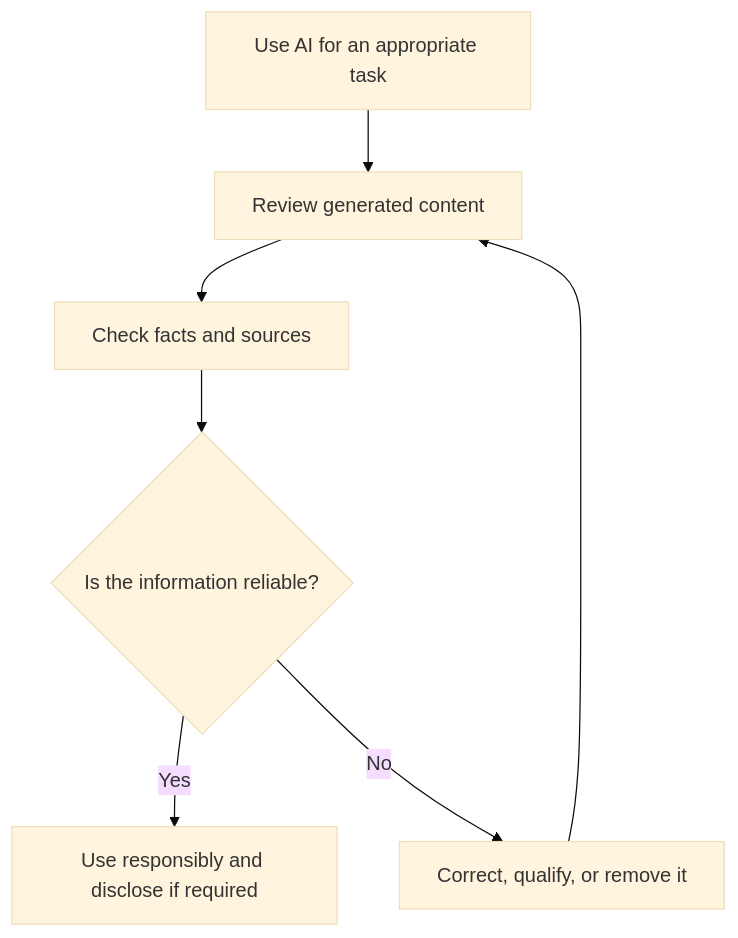
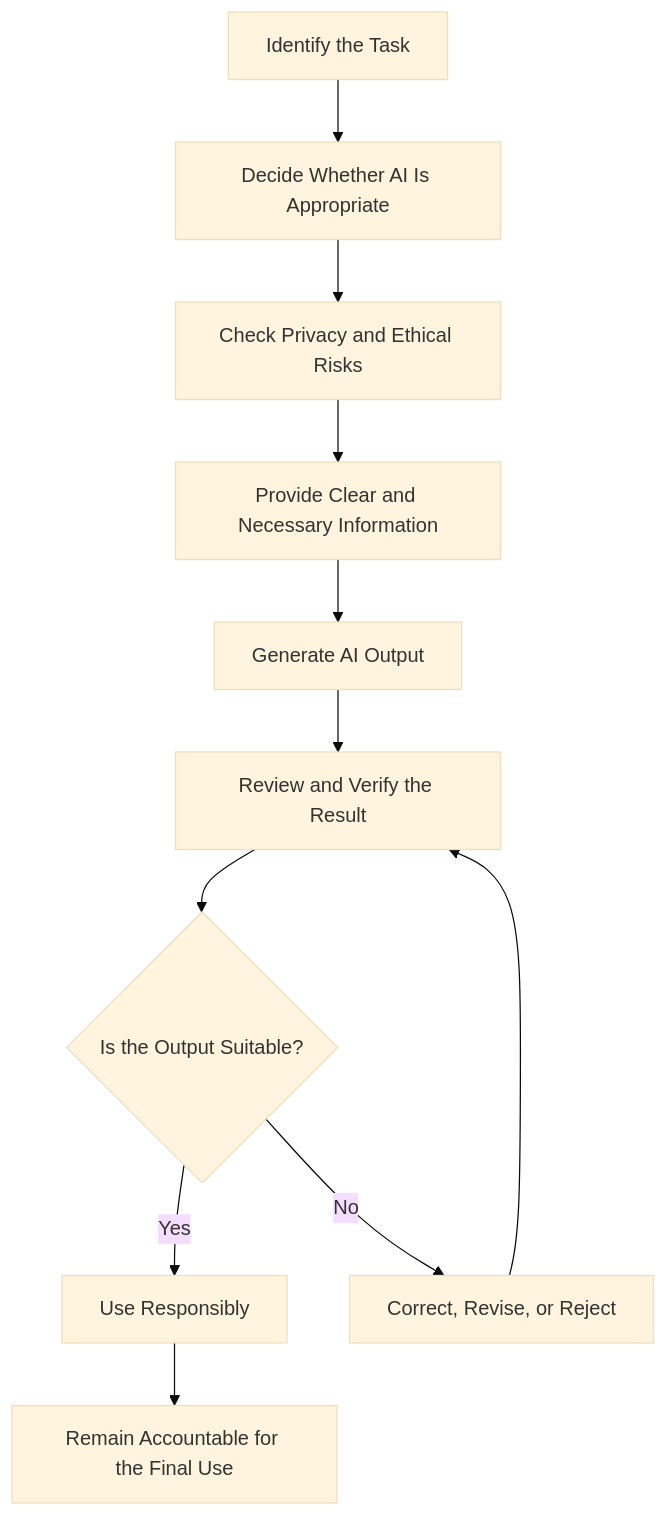
One commit to NicolausLionel/SLN changed the third of 3 diagrams in content/05_ethical-and-responsible-use.md. Above: the diagram before and after it, drawn with Mermaid (base theme). The commit also changed other lines of this file, not shown here.

````diff
--- a/content/05_ethical-and-responsible-use.md
+++ b/content/05_ethical-and-responsible-use.md
@@ -251,9 +1128,13 @@
 ```mermaid
 flowchart TD
- A[Use AI for an appropriate task] --> B[Review generated content]
- B --> C[Check facts and sources]
- C --> D{Is the information reliable?}
- D -->|Yes| E[Use responsibly and disclose if required]
- D -->|No| F[Correct, qualify, or remove it]
- F --> B
+    A["Identify the Task"] --> B["Decide Whether AI Is Appropriate"]
+    B --> C["Check Privacy and Ethical Risks"]
+    C --> D["Provide Clear and Necessary Information"]
+    D --> E["Generate AI Output"]
+    E --> F["Review and Verify the Result"]
+    F --> G{"Is the Output Suitable?"}
+    G -->|Yes| H["Use Responsibly"]
+    G -->|No| I["Correct, Revise, or Reject"]
+    I --> F
+    H --> J["Remain Accountable for the Final Use"]
 ```
````
